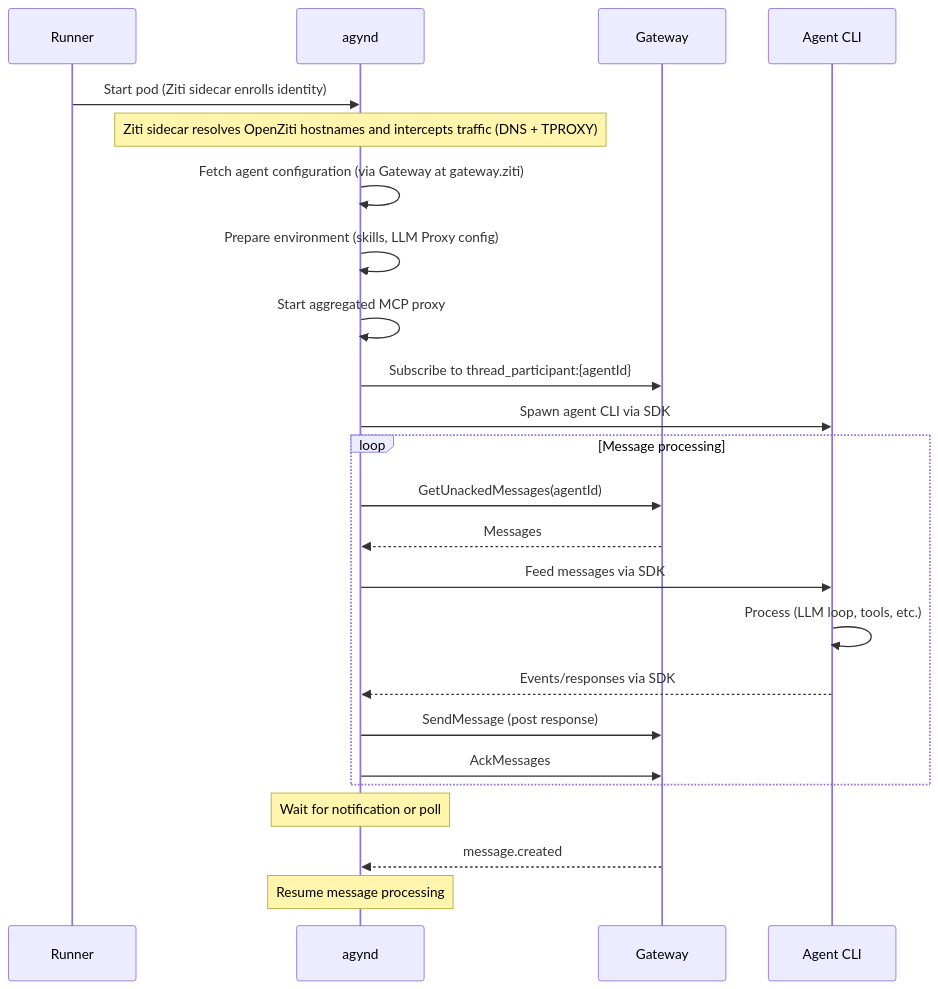
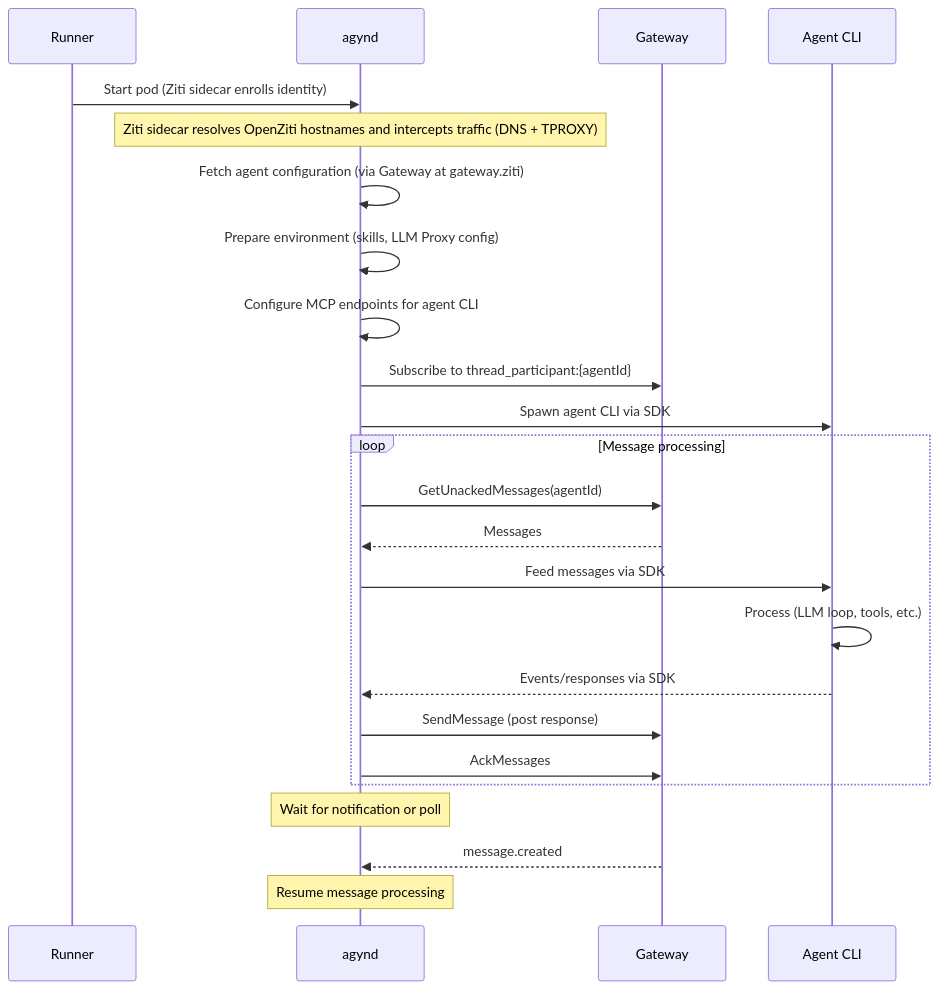
Before and after one commit to agynio/architecture: the second of 2 diagrams in architecture/agynd-cli.md, drawn with Mermaid. The commit also changed other lines of this file and 5 other files, not shown here.

First line of the commit message:
Add MCP architecture doc, remove aggregation proxy from agynd (#96)

````diff
--- a/architecture/agynd-cli.md
+++ b/architecture/agynd-cli.md
@@ -149,29 +146,29 @@
 ```mermaid
 sequenceDiagram
     participant R as Runner
     participant D as agynd
     participant GW as Gateway
     participant A as Agent CLI
 
     R->>D: Start pod (Ziti sidecar enrolls identity)
     Note over D: Ziti sidecar resolves OpenZiti hostnames and intercepts traffic (DNS + TPROXY)
     D->>D: Fetch agent configuration (via Gateway at gateway.ziti)
     D->>D: Prepare environment (skills, LLM Proxy config)
-    D->>D: Start aggregated MCP proxy
+    D->>D: Configure MCP endpoints for agent CLI
     D->>GW: Subscribe to thread_participant:{agentId}
     D->>A: Spawn agent CLI via SDK
 
     loop Message processing
         D->>GW: GetUnackedMessages(agentId)
         GW-->>D: Messages
         D->>A: Feed messages via SDK
         A->>A: Process (LLM loop, tools, etc.)
         A-->>D: Events/responses via SDK
         D->>GW: SendMessage (post response)
         D->>GW: AckMessages
     end
 
     Note over D: Wait for notification or poll
     GW-->>D: message.created
     Note over D: Resume message processing
 ```
````
